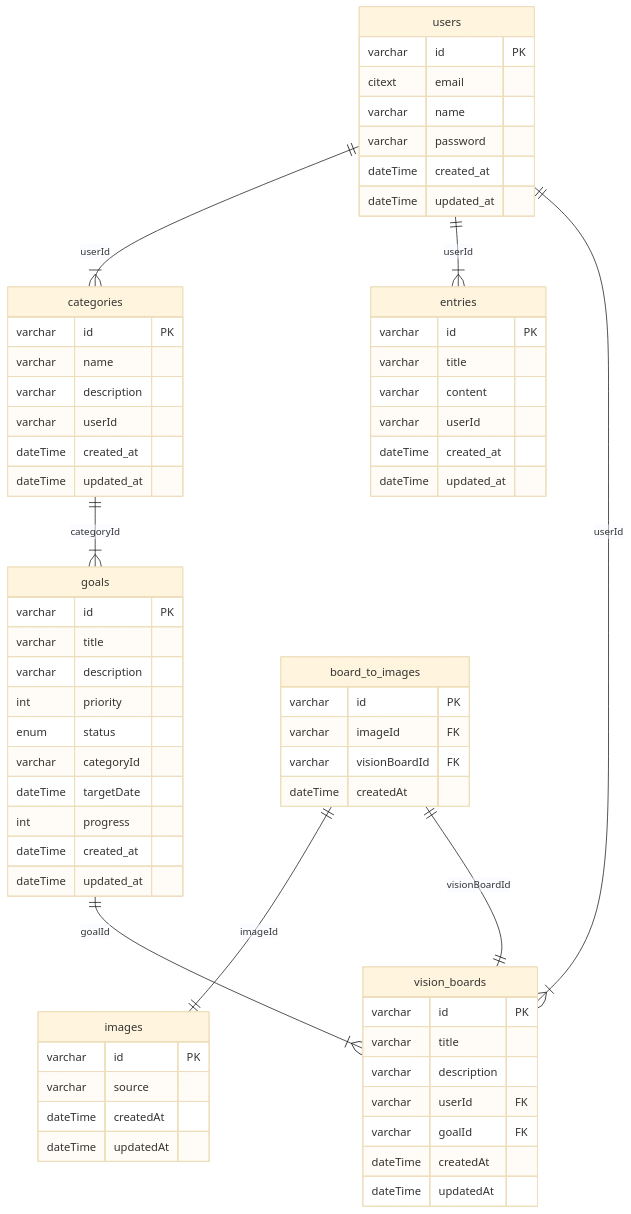
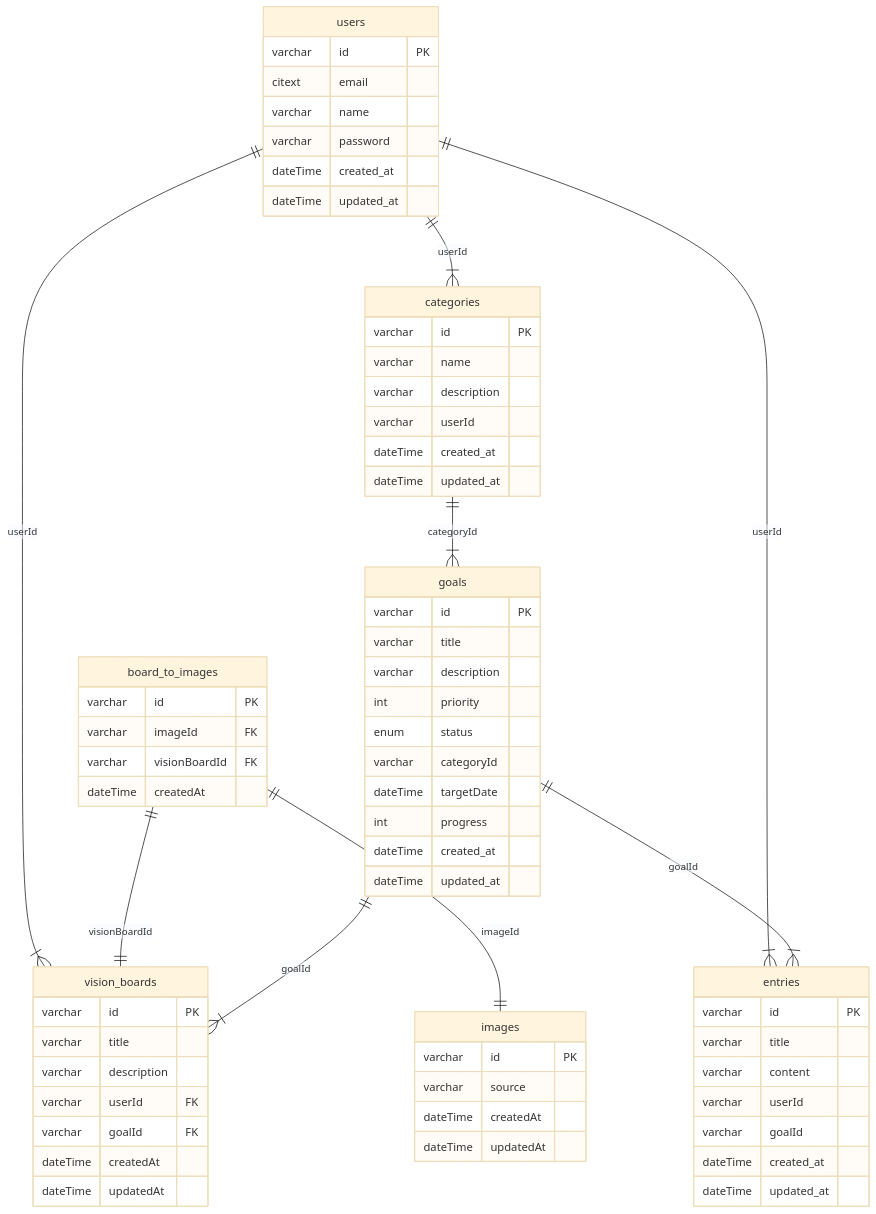
One commit to sandrvvu/BetterSelf changed the diagram in README.md. Above: the diagram before and after it, drawn with Mermaid (base theme). The commit also changed 5 other files, not shown here.

Commit message:
fix: add goal id to entries table

````diff
--- a/README.md
+++ b/README.md
@@ -5,74 +5,76 @@
 ```mermaid
 erDiagram
    users {
       varchar id PK
       citext email
       varchar name
       varchar password
       dateTime created_at
       dateTime updated_at
    }
 
    categories {
       varchar id PK
       varchar name
       varchar description
       varchar userId
       dateTime created_at
       dateTime updated_at
    }
 
    goals {
       varchar id PK
       varchar title
       varchar description
       int priority
       enum status
       varchar categoryId
       dateTime targetDate
       int progress
       dateTime created_at
       dateTime updated_at
    }
 
    entries {
       varchar id PK
       varchar title
       varchar content
       varchar userId
+      varchar goalId
       dateTime created_at
       dateTime updated_at
    }
 
    images {
         varchar id PK
         varchar source
         dateTime createdAt
         dateTime updatedAt
    }
 
    vision_boards {
         varchar id PK
         varchar title
         varchar description
         varchar userId FK
         varchar goalId FK
         dateTime createdAt
         dateTime updatedAt
    }
 
    board_to_images {
         varchar id PK
         varchar imageId FK
         varchar visionBoardId FK
         dateTime createdAt
    }
 
    users ||--|{ categories : userId
    users ||--|{ entries : userId
+   users ||--|{ vision_boards : userId
    categories ||--|{ goals : categoryId
    board_to_images ||--|| images : imageId
    board_to_images ||--|| vision_boards : visionBoardId
-   users ||--|{ vision_boards : userId
    goals ||--|{ vision_boards : goalId
+   goals ||--|{ entries : goalId
 ```
````
